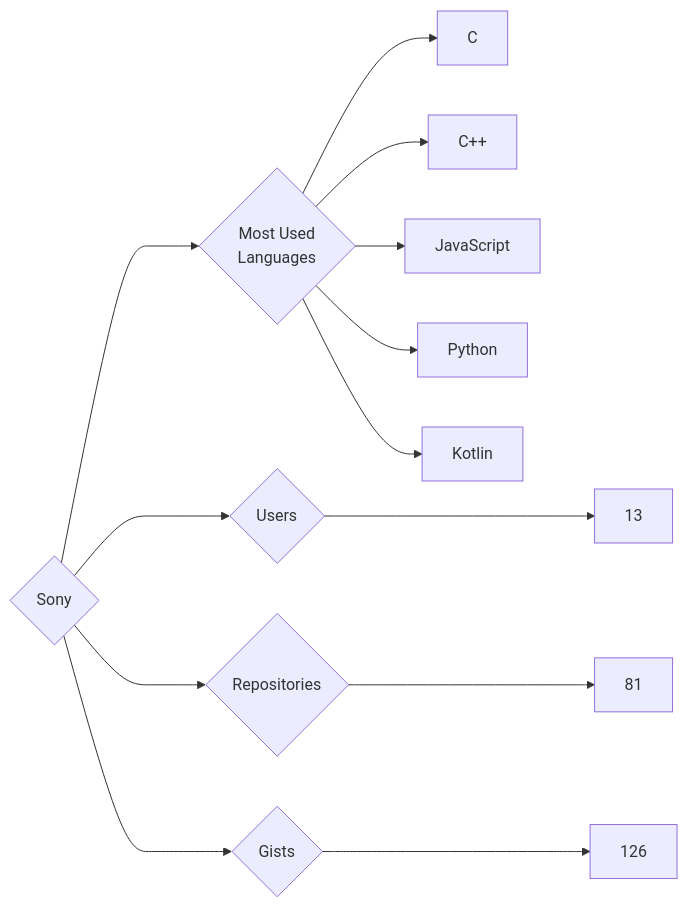
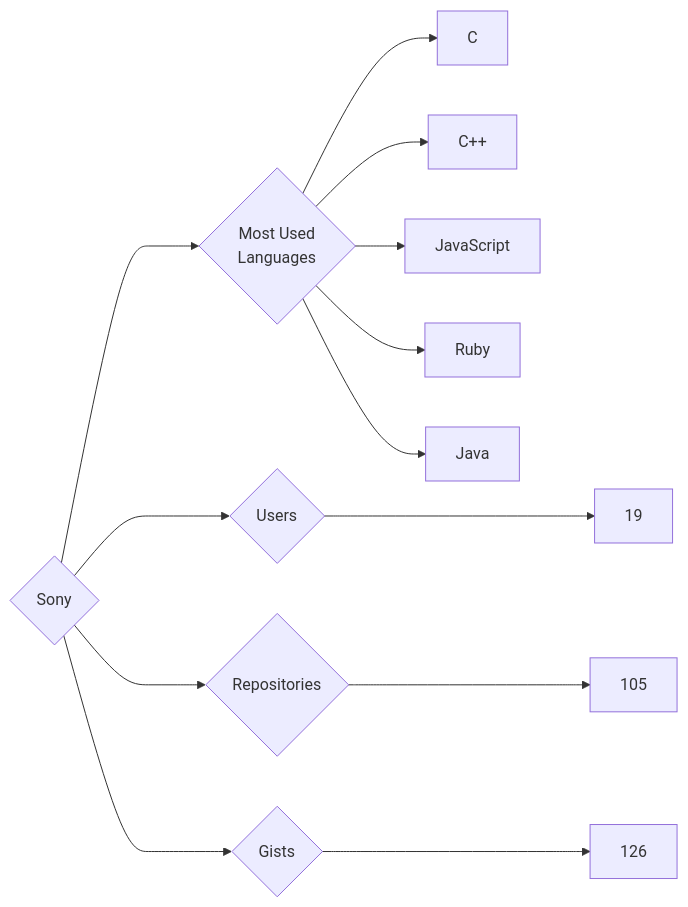
The diagram in targets/Sony/README.md (trickest/insiders), drawn with Mermaid before and after one commit. The commit also changed 681 other files, not shown here.

````diff
--- a/targets/Sony/README.md
+++ b/targets/Sony/README.md
@@ -3,13 +3,13 @@
 ```mermaid
 graph LR
 COMPANY_NAME{Sony}
-COMPANY_NAME ---> U{Users} ---> UN[13]
-COMPANY_NAME ---> R{Repositories} ---> RN[81]
+COMPANY_NAME ---> U{Users} ---> UN[19]
+COMPANY_NAME ---> R{Repositories} ---> RN[105]
 COMPANY_NAME ---> G{Gists} ---> GN[126]
 COMPANY_NAME ---> ML{Most Used<br>Languages}
 ML --> C[C]
 ML --> C++[C++]
 ML --> JavaScript[JavaScript]
-ML --> Python[Python]
-ML --> Kotlin[Kotlin]
+ML --> Ruby[Ruby]
+ML --> Java[Java]
 ```
````
